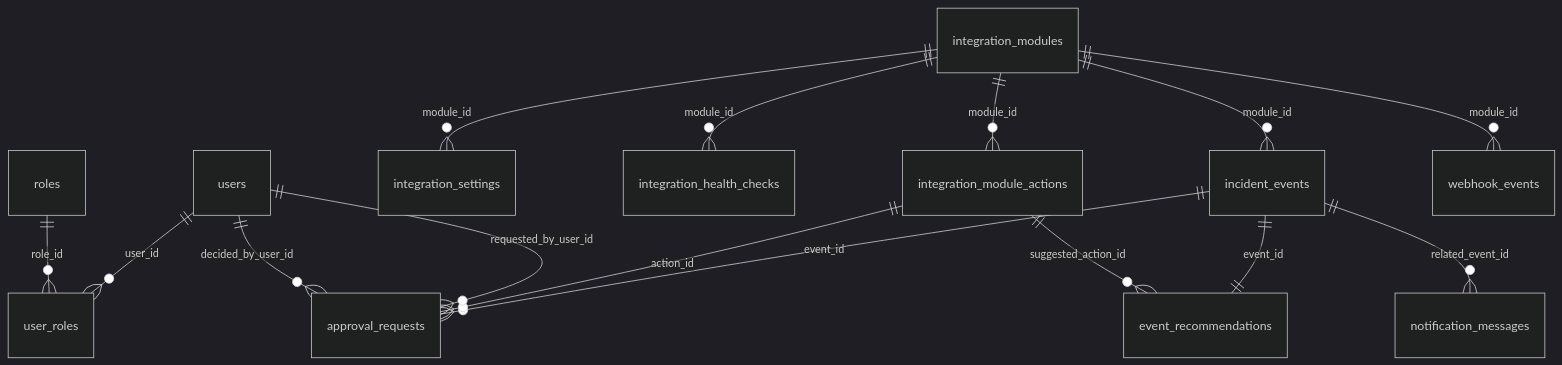
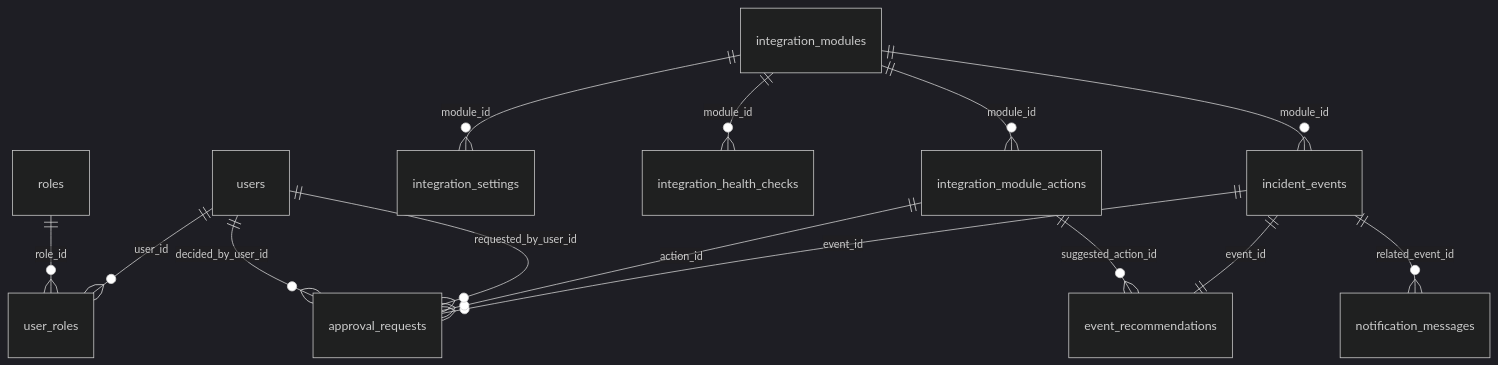
Before and after one commit to DenisPyhtin/SysAssist: the third of 4 diagrams in docs/defense/README.md, drawn with Mermaid (dark theme). The commit also changed other lines of this file, not shown here.

Commit message:
Переделана презентация для защиты: объединены все диаграммы, скриншоты, процесс событий, Docker; упрощена для показа на защите

````diff
--- a/docs/defense/README.md
+++ b/docs/defense/README.md
@@ -96,21 +45,16 @@
 ```mermaid
 erDiagram
     users ||--o{ user_roles : user_id
     roles ||--o{ user_roles : role_id
-
     integration_modules ||--o{ integration_settings : module_id
     integration_modules ||--o{ integration_health_checks : module_id
     integration_modules ||--o{ integration_module_actions : module_id
     integration_modules ||--o{ incident_events : module_id
-    integration_modules ||--o{ webhook_events : module_id
-
     incident_events ||--|| event_recommendations : event_id
     integration_module_actions ||--o{ event_recommendations : suggested_action_id
-
     incident_events ||--o{ approval_requests : event_id
     integration_module_actions ||--o{ approval_requests : action_id
     users ||--o{ approval_requests : requested_by_user_id
     users ||--o{ approval_requests : decided_by_user_id
-
     incident_events ||--o{ notification_messages : related_event_id
 ```
````
